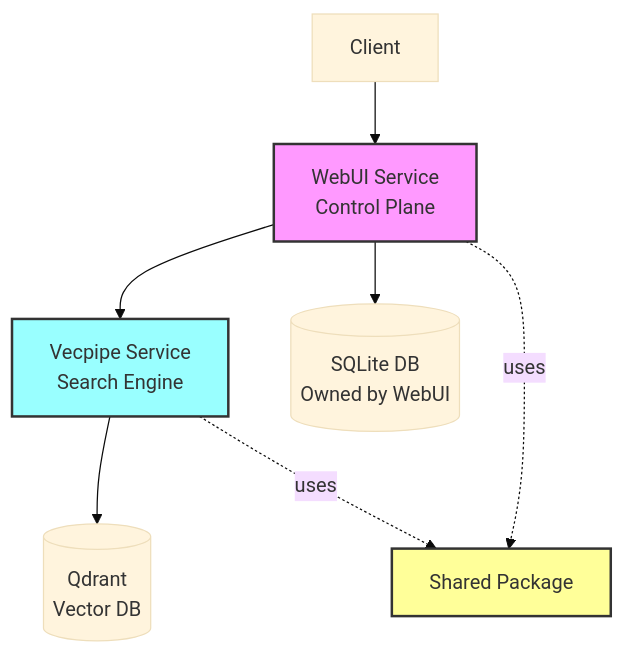
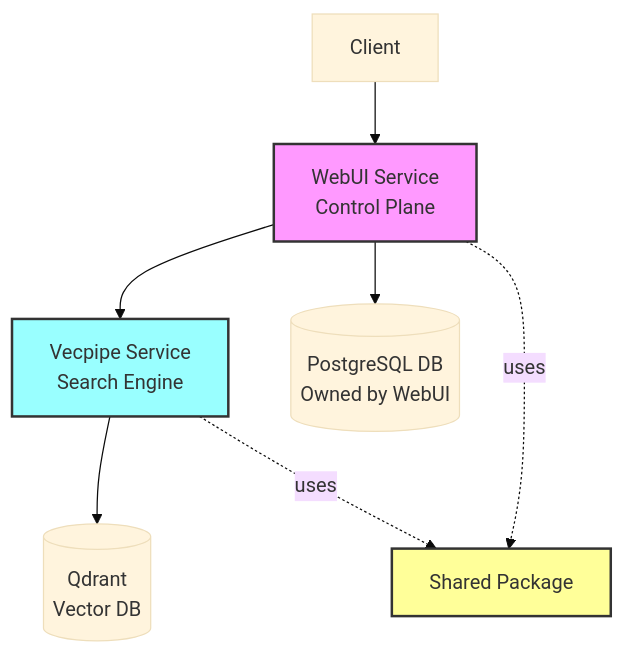
The diagram in docs/API_ARCHITECTURE.md (jbmiller10/semantik), drawn with Mermaid (base theme) before and after one commit. The commit also changed other lines of this file and 90 other files, not shown here.

````diff
--- a/docs/API_ARCHITECTURE.md
+++ b/docs/API_ARCHITECTURE.md
@@ -1093,14 +1093,14 @@
 ```mermaid
 graph TD
     Client[Client] --> WebUI[WebUI Service<br/>Control Plane]
     WebUI --> Vecpipe[Vecpipe Service<br/>Search Engine]
-    WebUI --> SQLite[(SQLite DB<br/>Owned by WebUI)]
+    WebUI --> PostgreSQL[(PostgreSQL DB<br/>Owned by WebUI)]
     Vecpipe --> Qdrant[(Qdrant<br/>Vector DB)]
     
     WebUI -.->|uses| Shared[Shared Package]
     Vecpipe -.->|uses| Shared
     
     style WebUI fill:#f9f,stroke:#333,stroke-width:2px
     style Vecpipe fill:#9ff,stroke:#333,stroke-width:2px
     style Shared fill:#ff9,stroke:#333,stroke-width:2px
 ```
````
